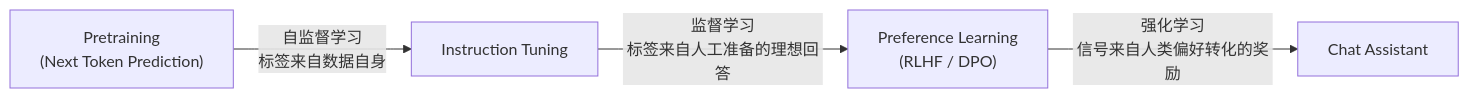
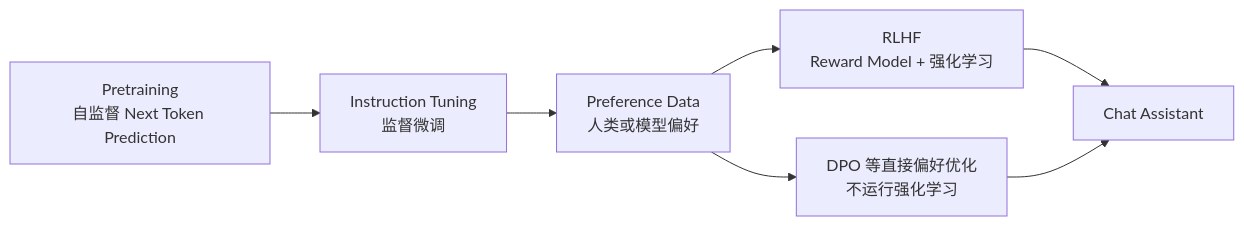
One commit to AI-learning-simple/Build-Your-Own-LLM changed the fourth of 12 diagrams in 1. LLM基础/13. 大语言模型（LLM）.md. Above: the diagram before and after it, drawn with Mermaid. The commit also changed other lines of this file and 60 other files, not shown here.

````diff
--- a/1. LLM基础/13. 大语言模型（LLM）.md
+++ b/1. LLM基础/13. 大语言模型（LLM）.md
@@ -183,6 +142,9 @@
 ```mermaid
 flowchart LR
-    A["Pretraining<br/>(Next Token Prediction)"] -->|"自监督学习<br/>标签来自数据自身"| B["Instruction Tuning"]
-    B -->|"监督学习<br/>标签来自人工准备的理想回答"| C["Preference Learning<br/>(RLHF / DPO)"]
-    C -->|"强化学习<br/>信号来自人类偏好转化的奖励"| D["Chat Assistant"]
+    A["Pretraining<br/>自监督 Next Token Prediction"] --> B["Instruction Tuning<br/>监督微调"]
+    B --> C["Preference Data<br/>人类或模型偏好"]
+    C --> D["RLHF<br/>Reward Model + 强化学习"]
+    C --> E["DPO 等直接偏好优化<br/>不运行强化学习"]
+    D --> F["Chat Assistant"]
+    E --> F
 ```
````
